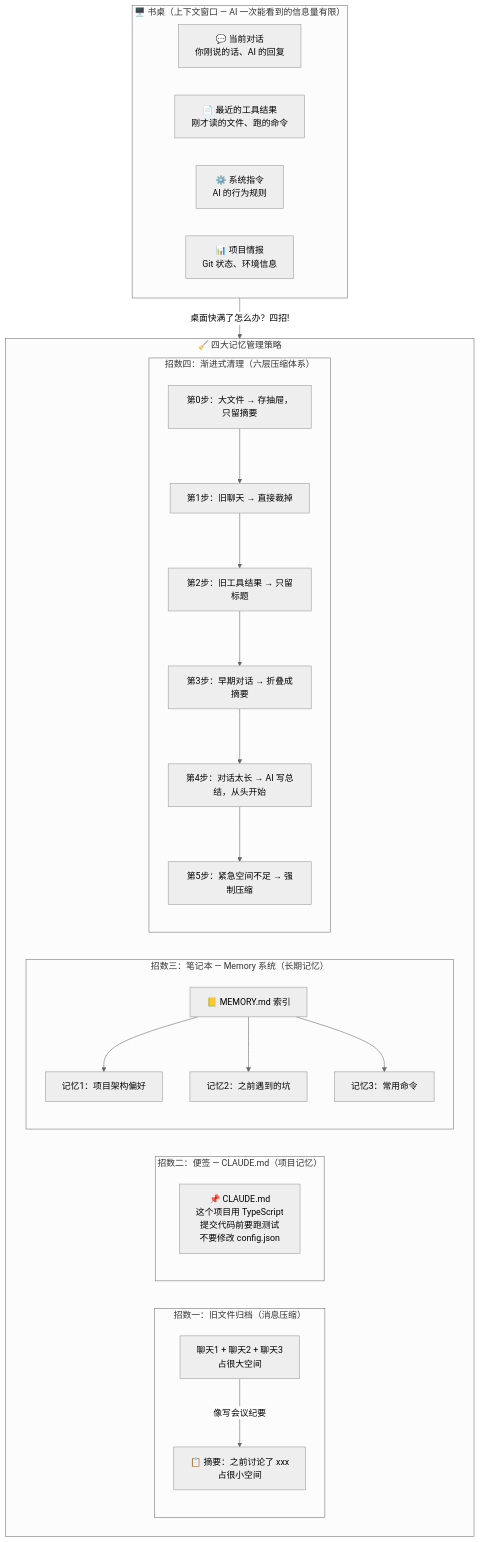
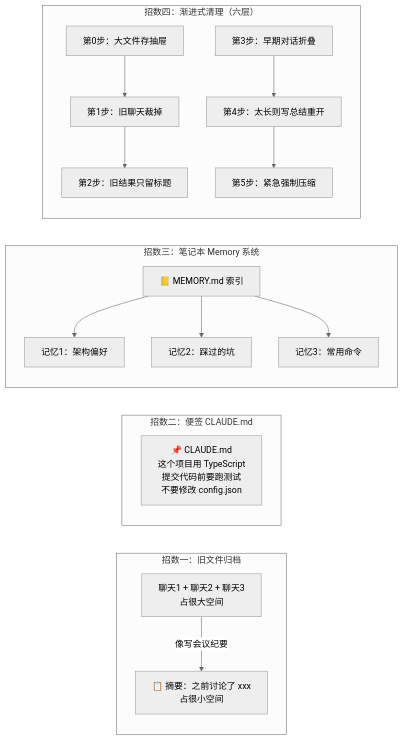
The sixth of 16 diagrams in docs/architecture/00-visual-guide.md (WSbaikaishui/claude-code-source-code), drawn with Mermaid (neutral theme) before and after one commit. The commit also changed other lines of this file and 73 other files, not shown here.

First line of the commit message:
Fix all Mermaid diagrams: restore semantics + fix dimensions

````diff
--- a/docs/architecture/00-visual-guide.md
+++ b/docs/architecture/00-visual-guide.md
@@ -165,43 +191,33 @@
 ```mermaid
-graph TD
-    subgraph desk["🖥️ 书桌（上下文窗口 — AI 一次能看到的信息量有限）"]
-        D1["💬 当前对话<br>你刚说的话、AI 的回复"]
-        D2["📄 最近的工具结果<br>刚才读的文件、跑的命令"]
-        D3["⚙️ 系统指令<br>AI 的行为规则"]
-        D4["📊 项目情报<br>Git 状态、环境信息"]
+graph LR
+    subgraph t1["招数一：旧文件归档"]
+        C1["聊天1 + 聊天2 + 聊天3<br>占很大空间"]
+        C2["📋 摘要：之前讨论了 xxx<br>占很小空间"]
+        C1 -->|像写会议纪要| C2
     end
 
-    desk -->|桌面快满了怎么办？四招!| tricks
+    subgraph t2["招数二：便签 CLAUDE.md"]
+        N1["📌 CLAUDE.md<br>这个项目用 TypeScript<br>提交代码前要跑测试<br>不要修改 config.json"]
+    end
 
-    subgraph tricks["🧹 四大记忆管理策略"]
-        subgraph t1["招数一：旧文件归档（消息压缩）"]
-            C1["聊天1 + 聊天2 + 聊天3<br>占很大空间"]
-            C2["📋 摘要：之前讨论了 xxx<br>占很小空间"]
-            C1 -->|像写会议纪要| C2
-        end
+    subgraph t3["招数三：笔记本 Memory 系统"]
+        M1["📒 MEMORY.md 索引"]
+        M2["记忆1：架构偏好"]
+        M3["记忆2：踩过的坑"]
+        M4["记忆3：常用命令"]
+        M1 --> M2
+        M1 --> M3
+        M1 --> M4
+    end
 
-        subgraph t2["招数二：便签 — CLAUDE.md（项目记忆）"]
-            N1["📌 CLAUDE.md<br>这个项目用 TypeScript<br>提交代码前要跑测试<br>不要修改 config.json"]
-        end
-
-        subgraph t3["招数三：笔记本 — Memory 系统（长期记忆）"]
-            M1["📒 MEMORY.md 索引"]
-            M2["记忆1：项目架构偏好"]
-            M3["记忆2：之前遇到的坑"]
-            M4["记忆3：常用命令"]
-            M1 --> M2
-            M1 --> M3
-            M1 --> M4
-        end
-
-        subgraph t4["招数四：渐进式清理（六层压缩体系）"]
-            P0["第0步：大文件 → 存抽屉，只留摘要"]
-            P1["第1步：旧聊天 → 直接裁掉"]
-            P2["第2步：旧工具结果 → 只留标题"]
-            P3["第3步：早期对话 → 折叠成摘要"]
-            P4["第4步：对话太长 → AI 写总结，从头开始"]
-            P5["第5步：紧急空间不足 → 强制压缩"]
-            P0 --> P1 --> P2 --> P3 --> P4 --> P5
-        end
+    subgraph t4["招数四：渐进式清理（六层）"]
+        P0["第0步：大文件存抽屉"]
+        P1["第1步：旧聊天裁掉"]
+        P2["第2步：旧结果只留标题"]
+        P3["第3步：早期对话折叠"]
+        P4["第4步：太长则写总结重开"]
+        P5["第5步：紧急强制压缩"]
+        P0 --> P1 --> P2
+        P3 --> P4 --> P5
     end
 ```
````
